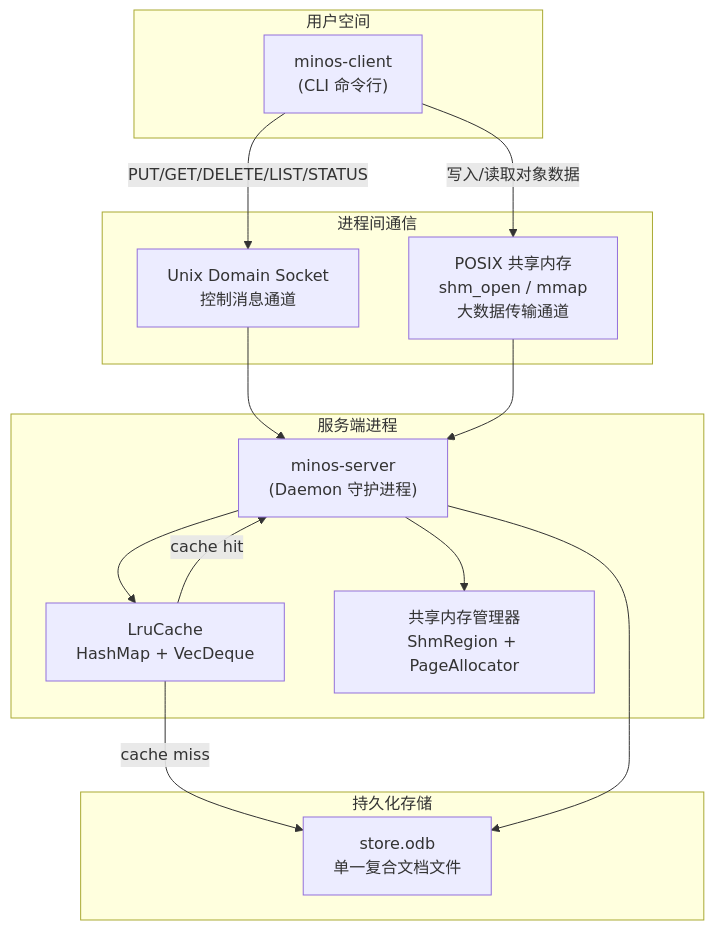
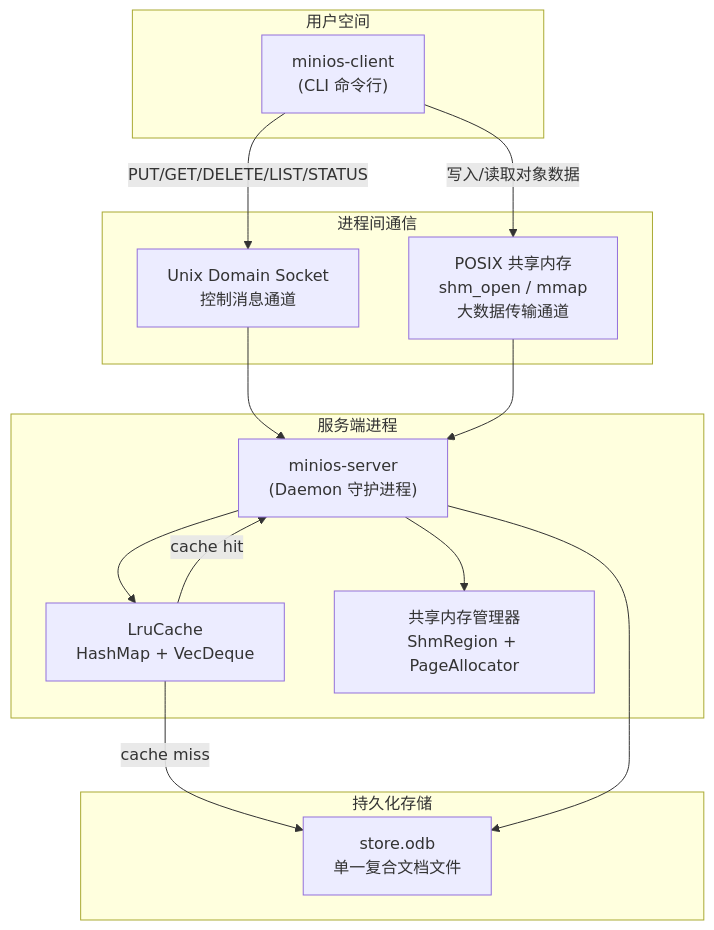
One commit to Faye-bit/MiniOS_CUG_SE_OS changed the first of 16 diagrams in design.md. Above: the diagram before and after it, drawn with Mermaid. The commit also changed other lines of this file and 31 other files, not shown here.

First line of the commit message:
fix: 修复 STOP 命令触发段错误 — 函数指针误写 + 项目重命名 minos→minios

````diff
--- a/design.md
+++ b/design.md
@@ -11,32 +11,32 @@
 ```mermaid
 graph TB
     subgraph "用户空间"
-        CLI["minos-client<br/>(CLI 命令行)"]
+        CLI["minios-client<br/>(CLI 命令行)"]
     end
 
     subgraph "服务端进程"
-        SERVER["minos-server<br/>(Daemon 守护进程)"]
+        SERVER["minios-server<br/>(Daemon 守护进程)"]
         CACHE["LruCache<br/>HashMap + VecDeque"]
         SHM_MGR["共享内存管理器<br/>ShmRegion + PageAllocator"]
     end
 
     subgraph "持久化存储"
         STORE["store.odb<br/>单一复合文档文件"]
     end
 
     subgraph "进程间通信"
         SOCKET["Unix Domain Socket<br/>控制消息通道"]
         SHM["POSIX 共享内存<br/>shm_open / mmap<br/>大数据传输通道"]
     end
 
     CLI -->|"PUT/GET/DELETE/LIST/STATUS"| SOCKET
     SOCKET --> SERVER
     CLI -->|"写入/读取对象数据"| SHM
     SHM --> SERVER
 
     SERVER --> CACHE
     CACHE -->|"cache miss"| STORE
     CACHE -->|"cache hit"| SERVER
     SERVER --> STORE
     SERVER --> SHM_MGR
 ```
````
